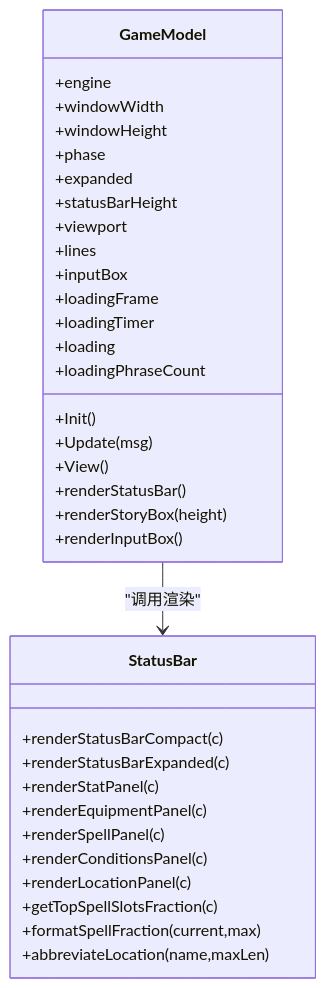
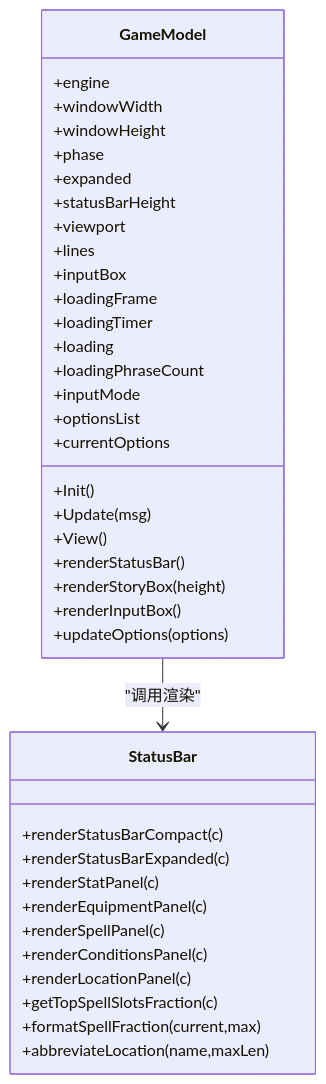
One commit to zwh8800/cdnd changed the fifth of 6 diagrams in .qoder/repowiki/zh/content/用户界面/用户界面.md. Above: the diagram before and after it, drawn with Mermaid. The commit also changed other lines of this file and 5 other files, not shown here.

````diff
--- a/.qoder/repowiki/zh/content/用户界面/用户界面.md
+++ b/.qoder/repowiki/zh/content/用户界面/用户界面.md
@@ -233,37 +288,41 @@
 ```mermaid
 classDiagram
 class GameModel {
 +engine
 +windowWidth
 +windowHeight
 +phase
 +expanded
 +statusBarHeight
 +viewport
 +lines
 +inputBox
 +loadingFrame
 +loadingTimer
 +loading
 +loadingPhraseCount
++inputMode
++optionsList
++currentOptions
 +Init()
 +Update(msg)
 +View()
 +renderStatusBar()
 +renderStoryBox(height)
 +renderInputBox()
++updateOptions(options)
 }
 class StatusBar {
 +renderStatusBarCompact(c)
 +renderStatusBarExpanded(c)
 +renderStatPanel(c)
 +renderEquipmentPanel(c)
 +renderSpellPanel(c)
 +renderConditionsPanel(c)
 +renderLocationPanel(c)
 +getTopSpellSlotsFraction(c)
 +formatSpellFraction(current,max)
 +abbreviateLocation(name,maxLen)
 }
 GameModel --> StatusBar : "调用渲染"
 ```
````
